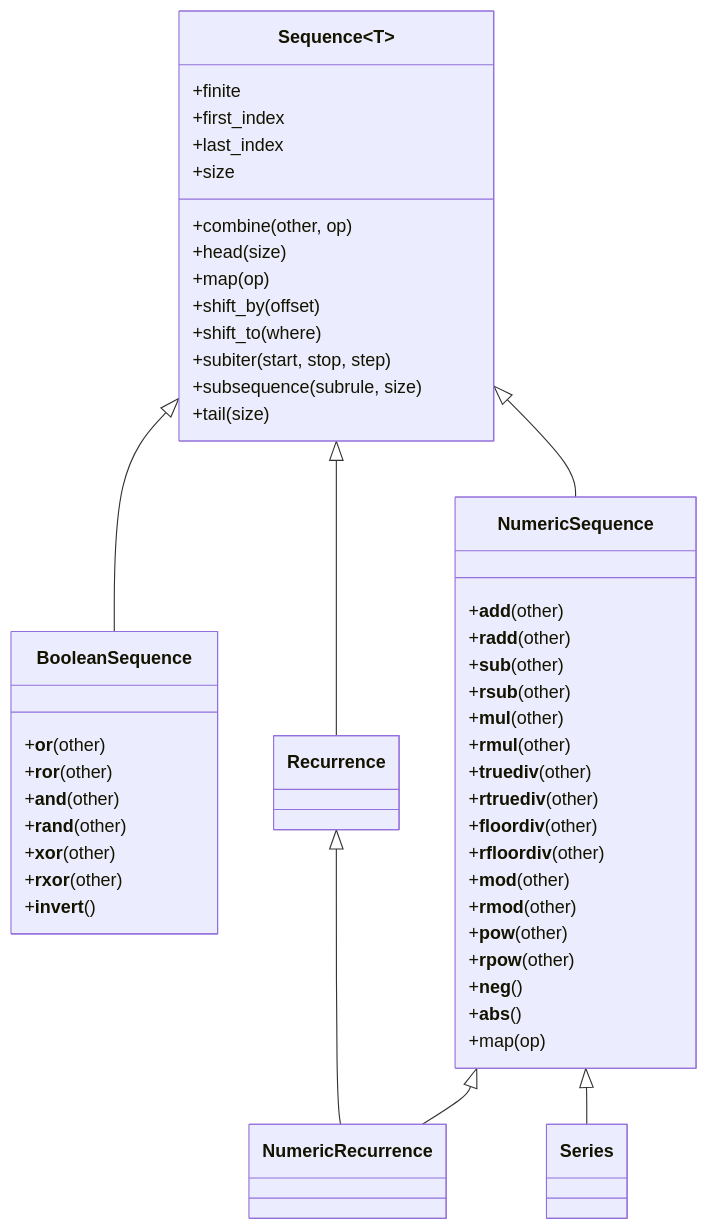
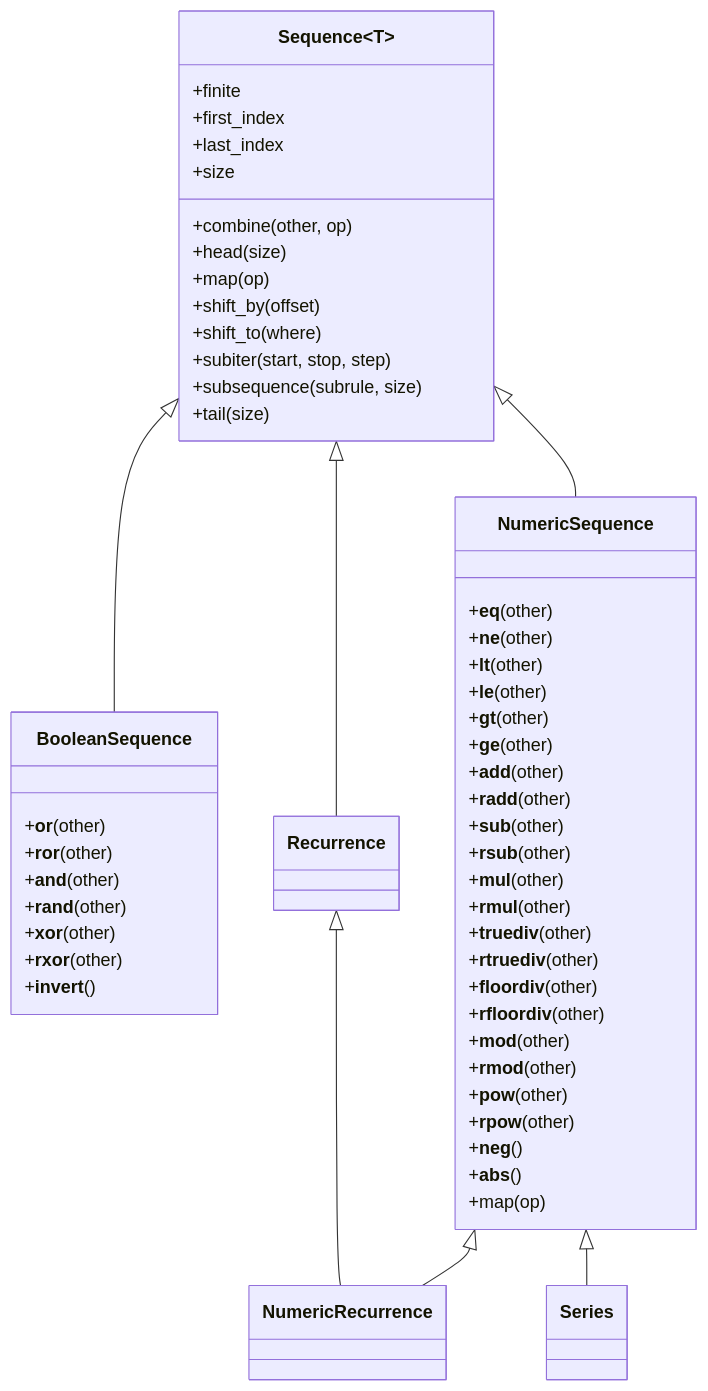
One commit to avikpln/calculus changed the diagram in ARCHITECTURE.md. Above: the diagram before and after it, drawn with Mermaid. The commit also changed other lines of this file and 5 other files, not shown here.

First line of the commit message:
Add comparison operators to NumericSequence

````diff
--- a/ARCHITECTURE.md
+++ b/ARCHITECTURE.md
@@ -8,63 +8,69 @@
 ```mermaid
 classDiagram
     class Sequence~T~ {
         %% Attributes
         +finite
         +first_index
         +last_index
         +size
 
         %% Methods
         +combine(other, op)
         +head(size)
         +map(op)
         +shift_by(offset)
         +shift_to(where)
         +subiter(start, stop, step)
         +subsequence(subrule, size)
         +tail(size)
     }
 
     class BooleanSequence {
         %% Methods
         +__or__(other)
         +__ror__(other)
         +__and__(other)
         +__rand__(other)
         +__xor__(other)
         +__rxor__(other)
         +__invert__()
     }
 
     class NumericSequence {
         %% Methods
+		+__eq__(other)
+		+__ne__(other)
+		+__lt__(other)
+		+__le__(other)
+		+__gt__(other)
+		+__ge__(other)
         +__add__(other)
         +__radd__(other)
         +__sub__(other)
         +__rsub__(other)
         +__mul__(other)
         +__rmul__(other)
         +__truediv__(other)
         +__rtruediv__(other)
         +__floordiv__(other)
         +__rfloordiv__(other)
         +__mod__(other)
         +__rmod__(other)
         +__pow__(other)
         +__rpow__(other)
         +__neg__()
         +__abs__()
         +map(op)
     }
 
     Sequence <|-- BooleanSequence
 
     Sequence <|-- NumericSequence
 
     Sequence <|-- Recurrence
 
     NumericSequence <|-- NumericRecurrence
     Recurrence <|-- NumericRecurrence
 
     NumericSequence <|-- Series
 ```
````
